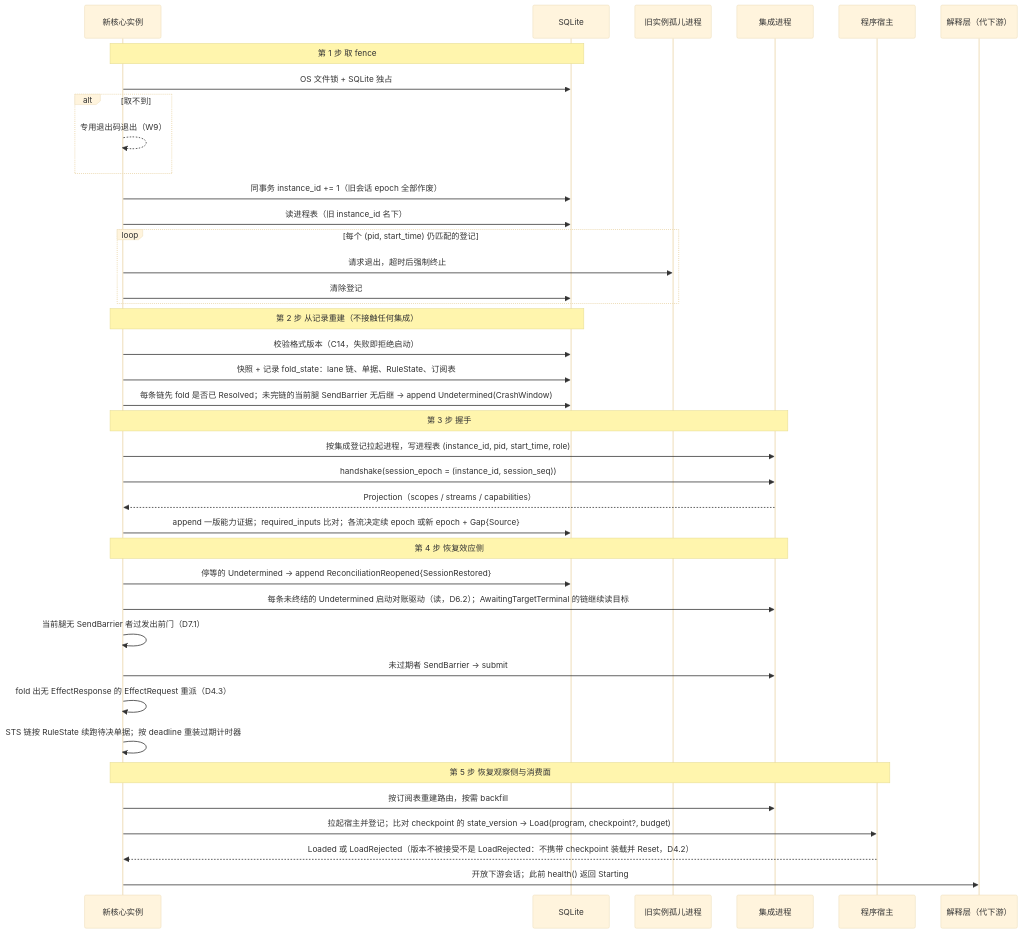
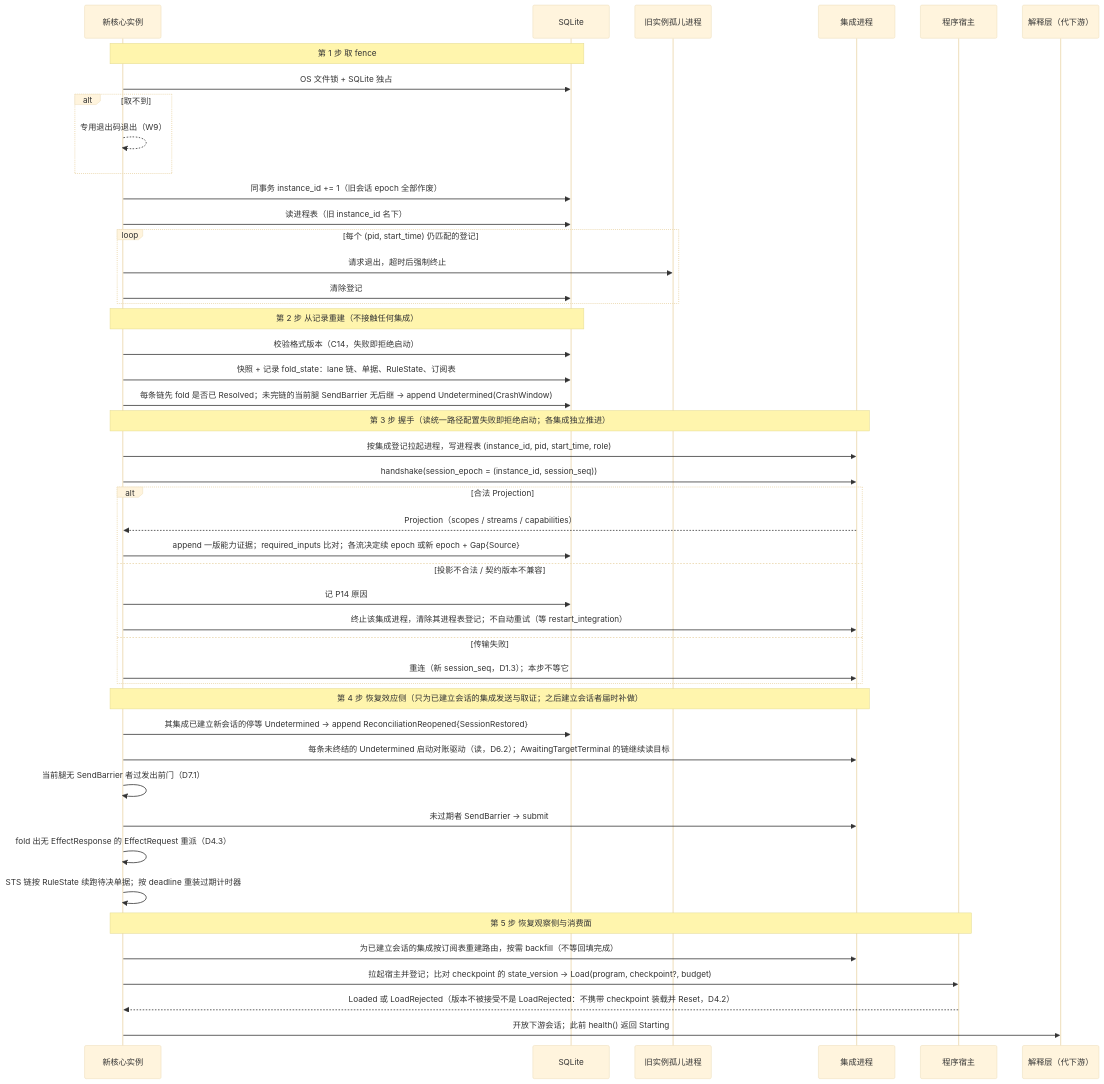
One commit to mouriya-s-lab/uta changed the second of 4 diagrams in design/diagrams/01-process-topology.md. Above: the diagram before and after it, drawn with Mermaid (base theme). The commit also changed other lines of this file and 13 other files, not shown here.

````diff
--- a/design/diagrams/01-process-topology.md
+++ b/design/diagrams/01-process-topology.md
@@ -53,41 +53,48 @@
 ```mermaid
 sequenceDiagram
   participant N as 新核心实例
   participant DB as SQLite
   participant O as 旧实例孤儿进程
   participant I as 集成进程
   participant H as 程序宿主
   participant A as 解释层（代下游）
   Note over N,DB: 第 1 步 取 fence
   N->>DB: OS 文件锁 + SQLite 独占
   alt 取不到
     N-->>N: 专用退出码退出（W9）
   end
   N->>DB: 同事务 instance_id += 1（旧会话 epoch 全部作废）
   N->>DB: 读进程表（旧 instance_id 名下）
   loop 每个 (pid, start_time) 仍匹配的登记
     N->>O: 请求退出，超时后强制终止
     N->>DB: 清除登记
   end
   Note over N,DB: 第 2 步 从记录重建（不接触任何集成）
   N->>DB: 校验格式版本（C14，失败即拒绝启动）
   N->>DB: 快照 + 记录 fold_state：lane 链、单据、RuleState、订阅表
   N->>DB: 每条链先 fold 是否已 Resolved；未完链的当前腿 SendBarrier 无后继 → append Undetermined(CrashWindow)
-  Note over N,I: 第 3 步 握手
+  Note over N,I: 第 3 步 握手（读统一路径配置失败即拒绝启动；各集成独立推进）
   N->>I: 按集成登记拉起进程，写进程表 (instance_id, pid, start_time, role)
   N->>I: handshake(session_epoch = (instance_id, session_seq))
-  I-->>N: Projection（scopes / streams / capabilities）
-  N->>DB: append 一版能力证据；required_inputs 比对；各流决定续 epoch 或新 epoch + Gap{Source}
-  Note over N,I: 第 4 步 恢复效应侧
-  N->>DB: 停等的 Undetermined → append ReconciliationReopened{SessionRestored}
+  alt 合法 Projection
+    I-->>N: Projection（scopes / streams / capabilities）
+    N->>DB: append 一版能力证据；required_inputs 比对；各流决定续 epoch 或新 epoch + Gap{Source}
+  else 投影不合法 / 契约版本不兼容
+    N->>DB: 记 P14 原因
+    N->>I: 终止该集成进程，清除其进程表登记；不自动重试（等 restart_integration）
+  else 传输失败
+    N->>I: 重连（新 session_seq，D1.3）；本步不等它
+  end
+  Note over N,I: 第 4 步 恢复效应侧（只为已建立会话的集成发送与取证；之后建立会话者届时补做）
+  N->>DB: 其集成已建立新会话的停等 Undetermined → append ReconciliationReopened{SessionRestored}
   N->>I: 每条未终结的 Undetermined 启动对账驱动（读，D6.2）；AwaitingTargetTerminal 的链继续读目标
   N->>N: 当前腿无 SendBarrier 者过发出前门（D7.1）
   N->>I: 未过期者 SendBarrier → submit
   N->>N: fold 出无 EffectResponse 的 EffectRequest 重派（D4.3）
   N->>N: STS 链按 RuleState 续跑待决单据；按 deadline 重装过期计时器
   Note over N,H: 第 5 步 恢复观察侧与消费面
-  N->>I: 按订阅表重建路由，按需 backfill
+  N->>I: 为已建立会话的集成按订阅表重建路由，按需 backfill（不等回填完成）
   N->>H: 拉起宿主并登记；比对 checkpoint 的 state_version → Load(program, checkpoint?, budget)
   H-->>N: Loaded 或 LoadRejected（版本不被接受不是 LoadRejected：不携带 checkpoint 装载并 Reset，D4.2）
   N->>A: 开放下游会话；此前 health() 返回 Starting
 ```
````
